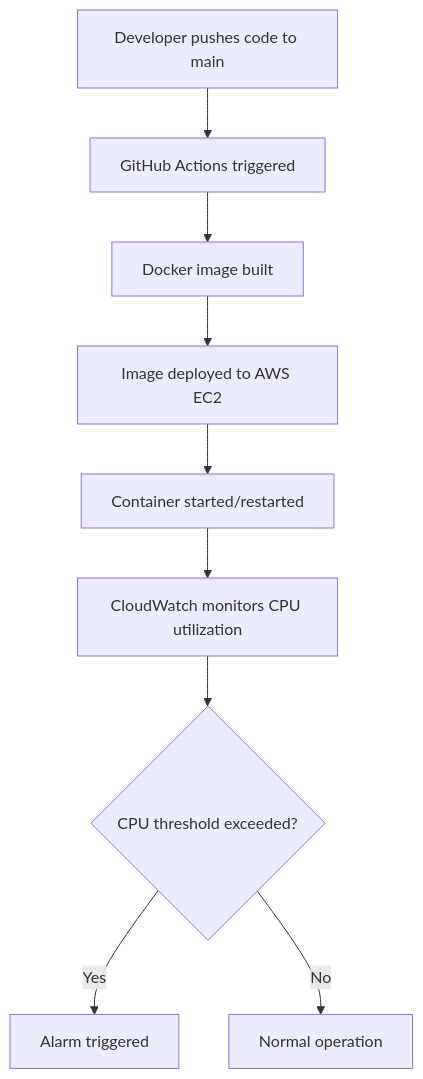
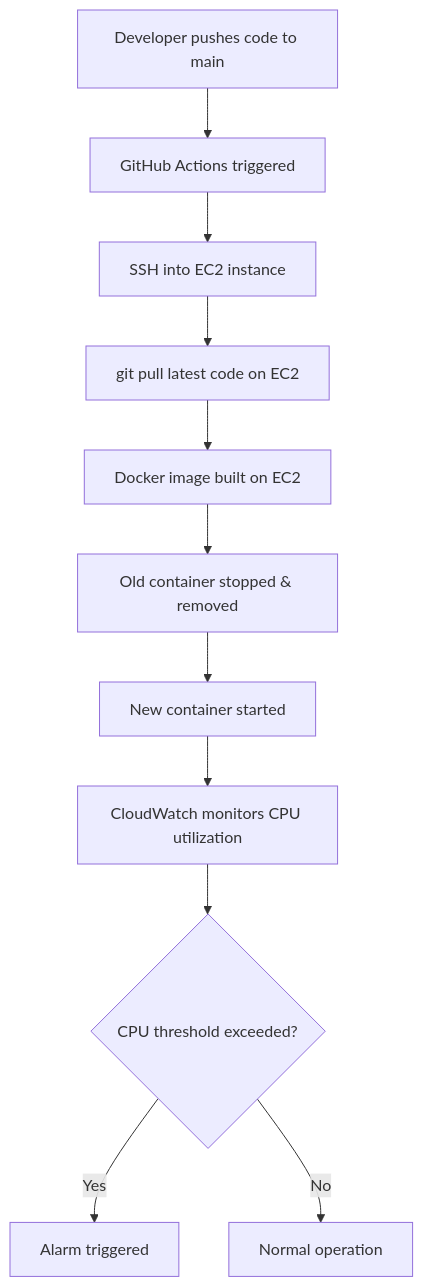
One commit to niv7778/devops-mini-project changed the diagram in README.md. Above: the diagram before and after it, drawn with Mermaid. The commit also changed other lines of this file, not shown here.

Commit message:
Revise deployment flowchart in README
Updated deployment flowchart to reflect SSH and git pull steps on EC2.

````diff
--- a/README.md
+++ b/README.md
@@ -19,11 +19,13 @@
 ```mermaid
 flowchart TD
     A[Developer pushes code to main] --> B[GitHub Actions triggered]
-    B --> C[Docker image built]
-    C --> D[Image deployed to AWS EC2]
-    D --> E[Container started/restarted]
-    E --> F[CloudWatch monitors CPU utilization]
-    F --> G{CPU threshold exceeded?}
-    G -- Yes --> H[Alarm triggered]
-    G -- No --> I[Normal operation]
+    B --> C[SSH into EC2 instance]
+    C --> D[git pull latest code on EC2]
+    D --> E[Docker image built on EC2]
+    E --> F[Old container stopped & removed]
+    F --> G[New container started]
+    G --> H[CloudWatch monitors CPU utilization]
+    H --> I{CPU threshold exceeded?}
+    I -- Yes --> J[Alarm triggered]
+    I -- No --> K[Normal operation]
 ```
````
